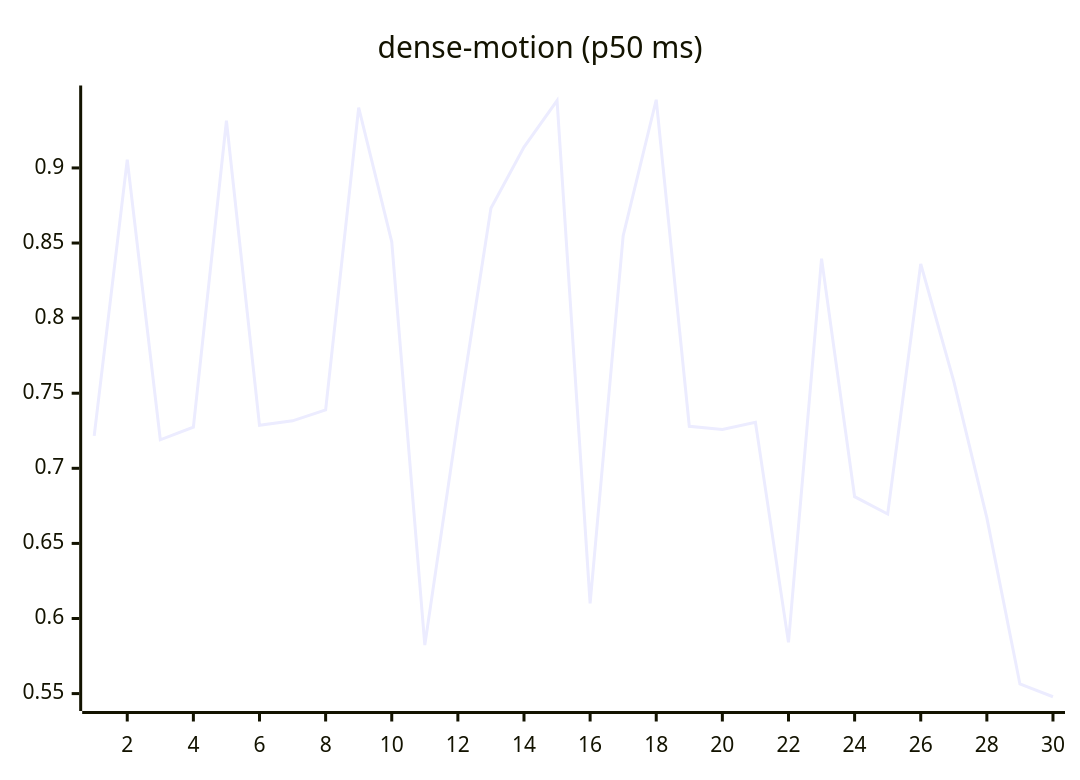
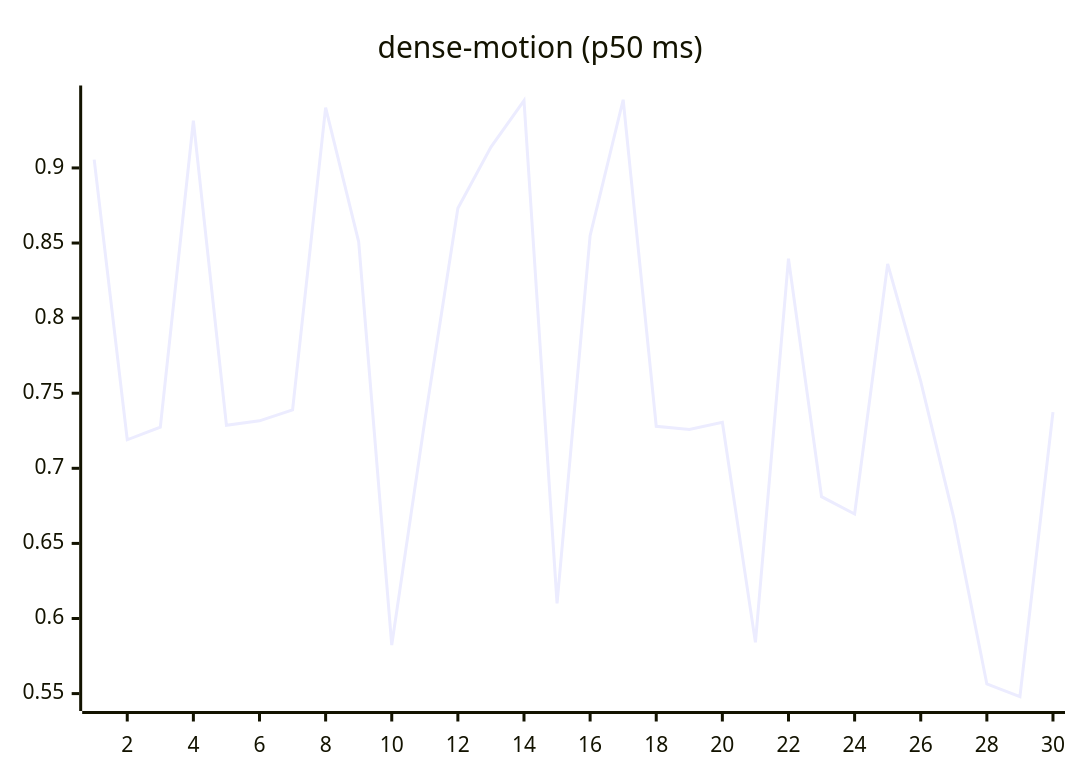
One commit to josha/Facet changed the ninth of 27 diagrams in README.md. Above: the diagram before and after it, drawn with Mermaid. The commit also changed other lines of this file and 2 other files, not shown here.

````diff
--- a/README.md
+++ b/README.md
@@ -119,6 +119,6 @@
 ```mermaid
 xychart-beta
     title "dense-motion (p50 ms)"
     x-axis 1 --> 30
-    line [0.7216, 0.9055, 0.7190, 0.7274, 0.9314, 0.7286, 0.7316, 0.7389, 0.9402, 0.8508, 0.5823, 0.7317, 0.8731, 0.9139, 0.9448, 0.6101, 0.8549, 0.9454, 0.7280, 0.7259, 0.7307, 0.5841, 0.8396, 0.6811, 0.6696, 0.8361, 0.7579, 0.6670, 0.5564, 0.5479]
+    line [0.9055, 0.7190, 0.7274, 0.9314, 0.7286, 0.7316, 0.7389, 0.9402, 0.8508, 0.5823, 0.7317, 0.8731, 0.9139, 0.9448, 0.6101, 0.8549, 0.9454, 0.7280, 0.7259, 0.7307, 0.5841, 0.8396, 0.6811, 0.6696, 0.8361, 0.7579, 0.6670, 0.5564, 0.5479, 0.7374]
 ```
````
